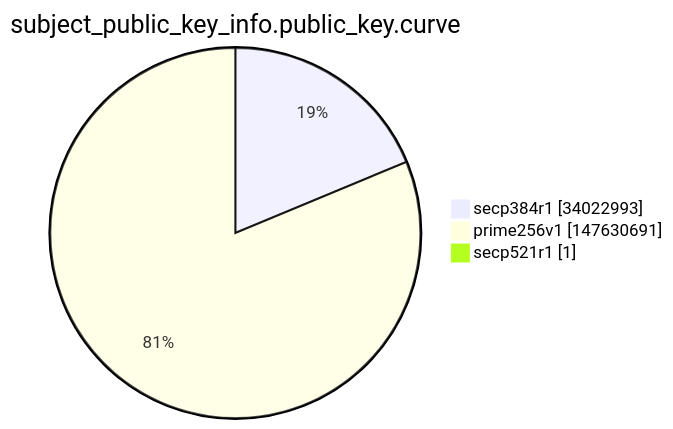
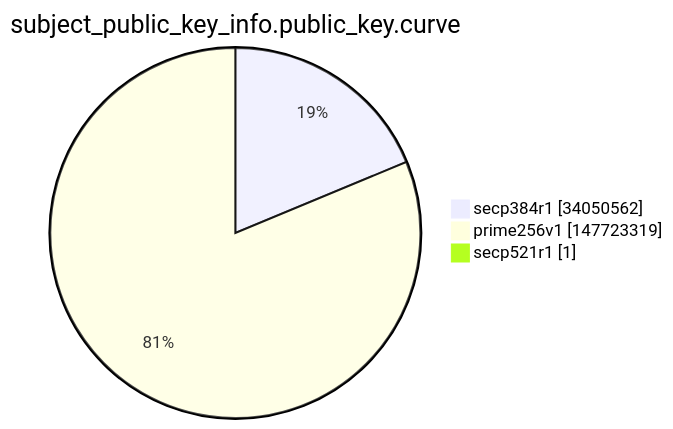
The ninth of 15 diagrams in argon2022/README.md (christiankrug/ctmonitor_visualization), drawn with Mermaid before and after one commit. The commit also changed other lines of this file, not shown here.

````diff
--- a/argon2022/README.md
+++ b/argon2022/README.md
@@ -2764,7 +2764,7 @@
 ```mermaid
 pie showData
 title subject_public_key_info.public_key.curve
-"secp384r1" :34022993
-"prime256v1" :147630691
+"secp384r1" :34050562
+"prime256v1" :147723319
 "secp521r1" :1
 ```
````
